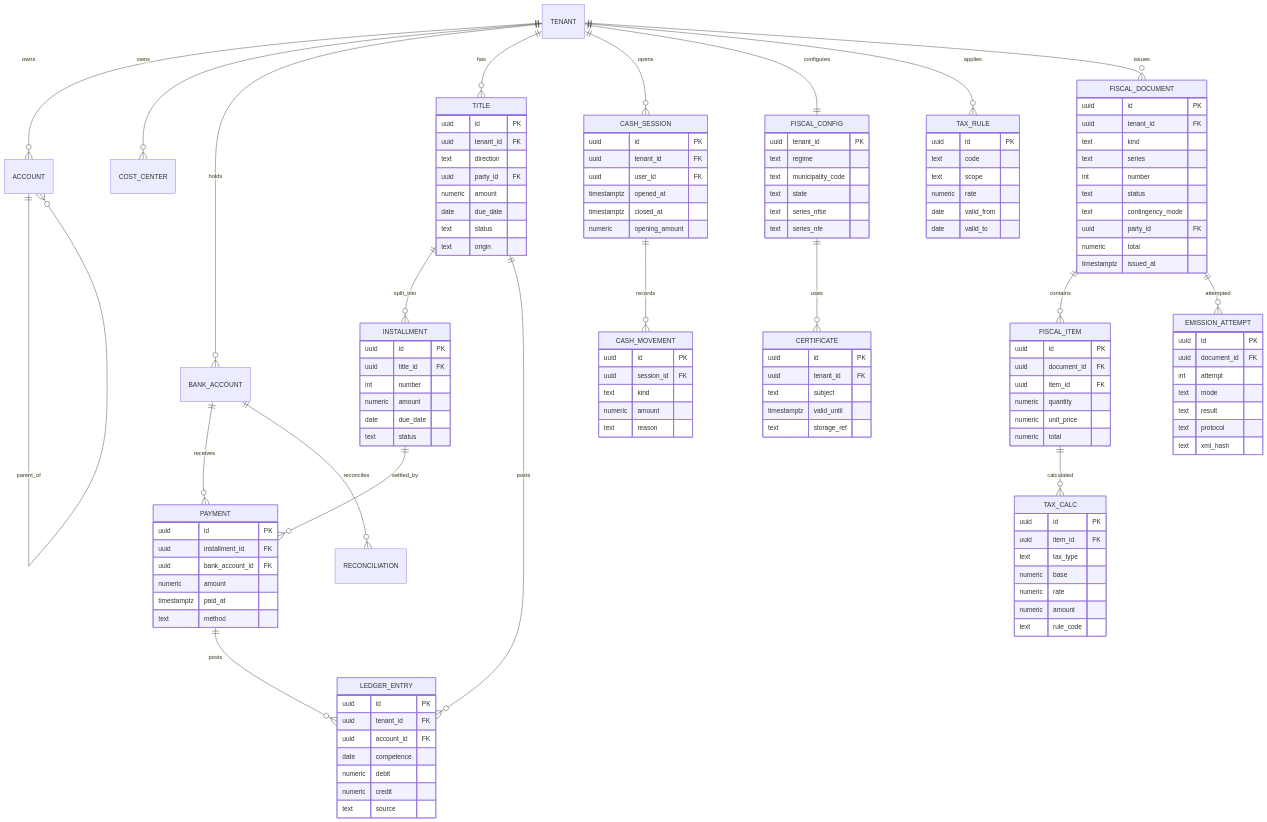
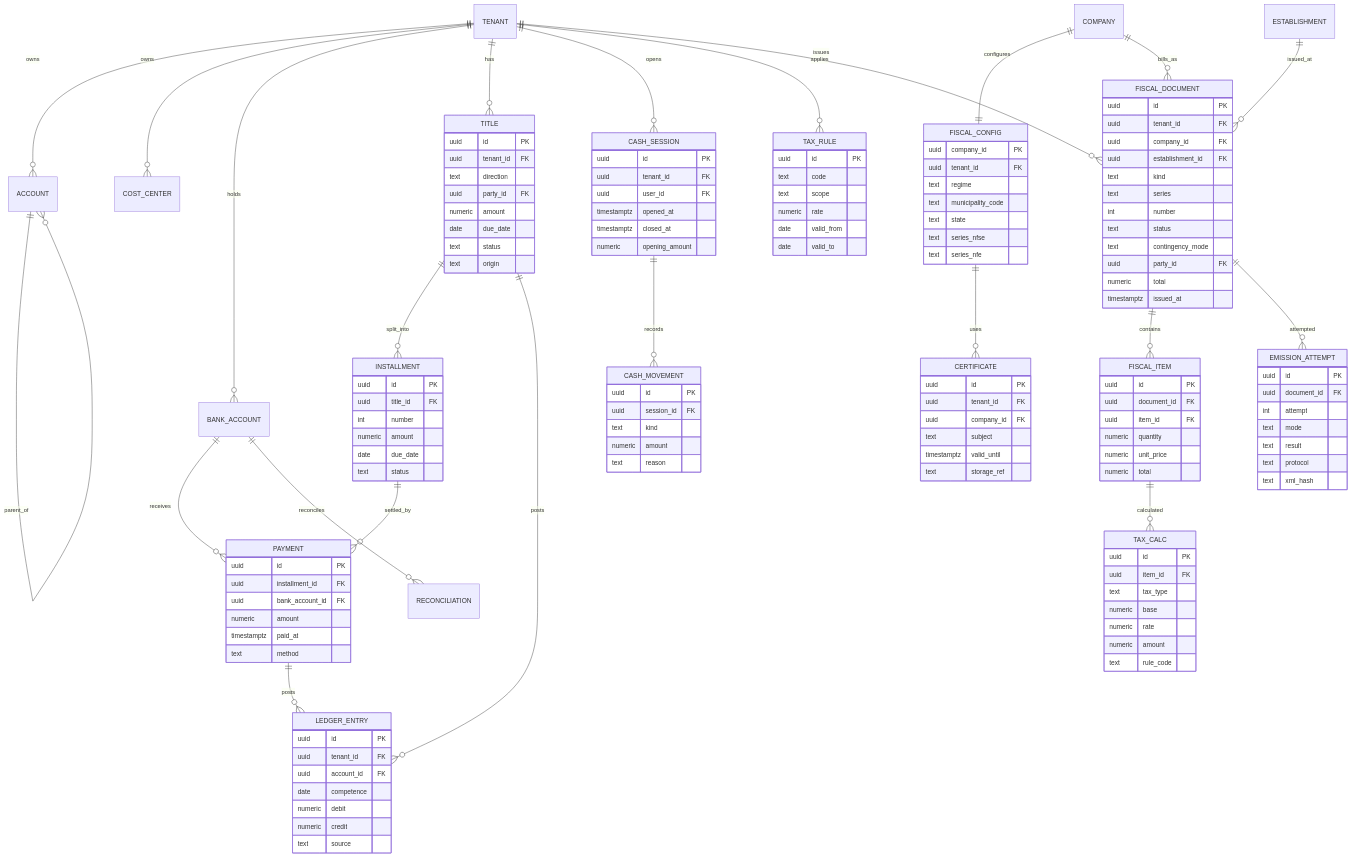
The second of 5 diagrams in docs/data/DER.md (alltomatos/amparius), drawn with Mermaid before and after one commit. The commit also changed other lines of this file and 15 other files, not shown here.

```diff
--- a/docs/data/DER.md
+++ b/docs/data/DER.md
@@ -122,10 +146,12 @@
   PAYMENT ||--o{ LEDGER_ENTRY : posts
   TITLE ||--o{ LEDGER_ENTRY : posts
   BANK_ACCOUNT ||--o{ RECONCILIATION : reconciles
-  TENANT ||--|| FISCAL_CONFIG : configures
+  COMPANY ||--|| FISCAL_CONFIG : configures
   FISCAL_CONFIG ||--o{ CERTIFICATE : uses
   TENANT ||--o{ TAX_RULE : applies
   TENANT ||--o{ FISCAL_DOCUMENT : issues
+  COMPANY ||--o{ FISCAL_DOCUMENT : bills_as
+  ESTABLISHMENT ||--o{ FISCAL_DOCUMENT : issued_at
   FISCAL_DOCUMENT ||--o{ FISCAL_ITEM : contains
   FISCAL_ITEM ||--o{ TAX_CALC : calculated
   FISCAL_DOCUMENT ||--o{ EMISSION_ATTEMPT : attempted
@@ -168,7 +194,8 @@
                  numeric debit
                  numeric credit
                  text source }
-  FISCAL_CONFIG { uuid tenant_id PK
+  FISCAL_CONFIG { uuid company_id PK
+                  uuid tenant_id FK
                   text regime
                   text municipality_code
                   text state
@@ -176,6 +203,7 @@
                   text series_nfe }
   CERTIFICATE { uuid id PK
                 uuid tenant_id FK
+                uuid company_id FK
                 text subject
                 timestamptz valid_until
                 text storage_ref }
@@ -187,6 +215,8 @@
              date valid_to }
   FISCAL_DOCUMENT { uuid id PK
                     uuid tenant_id FK
+                    uuid company_id FK
+                    uuid establishment_id FK
                     text kind
                     text series
                     int number
```
